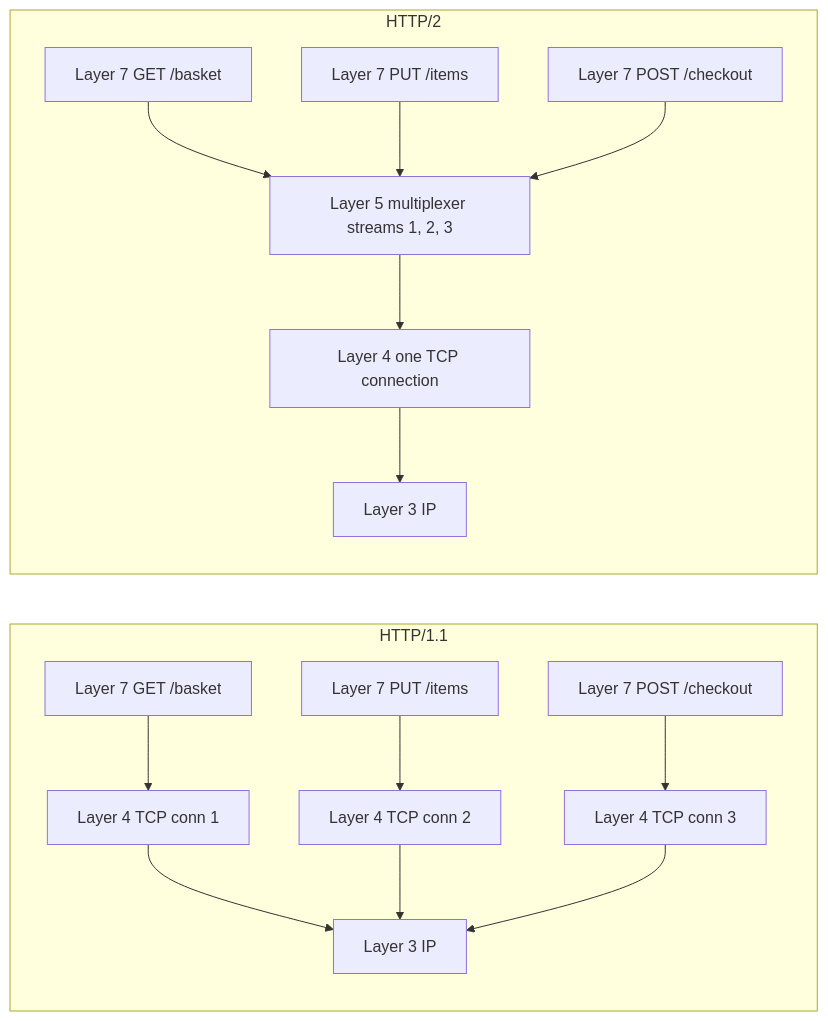
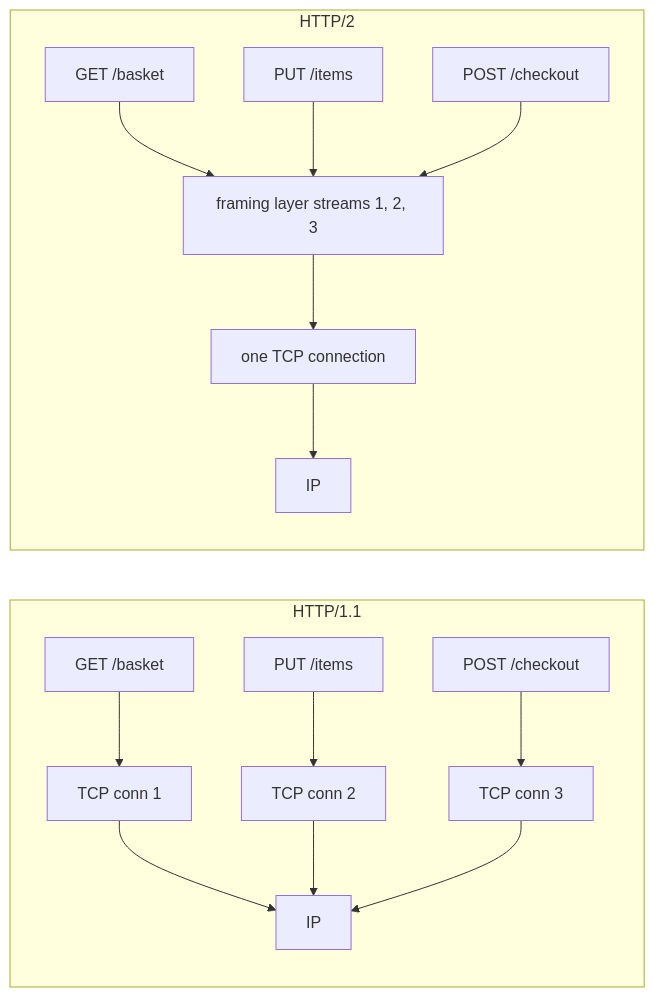
The fourth of 4 diagrams in _posts/2026-05-05-http2-multiplexing.md (trrahul/trrahul.github.io), drawn with Mermaid before and after one commit. The commit also changed other lines of this file and 37 other files, not shown here.

````diff
--- a/_posts/2026-05-05-http2-multiplexing.md
+++ b/_posts/2026-05-05-http2-multiplexing.md
@@ -90,20 +96,20 @@
 ```mermaid
 flowchart LR
     subgraph HTTP1[HTTP/1.1]
         direction TB
-        A1[Layer 7 GET /basket] --> T1[Layer 4 TCP conn 1]
-        A2[Layer 7 PUT /items] --> T2[Layer 4 TCP conn 2]
-        A3[Layer 7 POST /checkout] --> T3[Layer 4 TCP conn 3]
-        T1 --> N1[Layer 3 IP]
+        A1[GET /basket] --> T1[TCP conn 1]
+        A2[PUT /items] --> T2[TCP conn 2]
+        A3[POST /checkout] --> T3[TCP conn 3]
+        T1 --> N1[IP]
         T2 --> N1
         T3 --> N1
     end
     subgraph HTTP2[HTTP/2]
         direction TB
-        B1[Layer 7 GET /basket] --> MUX[Layer 5 multiplexer streams 1, 2, 3]
-        B2[Layer 7 PUT /items] --> MUX
-        B3[Layer 7 POST /checkout] --> MUX
-        MUX --> T4[Layer 4 one TCP connection]
-        T4 --> N2[Layer 3 IP]
+        B1[GET /basket] --> MUX[framing layer streams 1, 2, 3]
+        B2[PUT /items] --> MUX
+        B3[POST /checkout] --> MUX
+        MUX --> T4[one TCP connection]
+        T4 --> N2[IP]
     end
 ```
````
